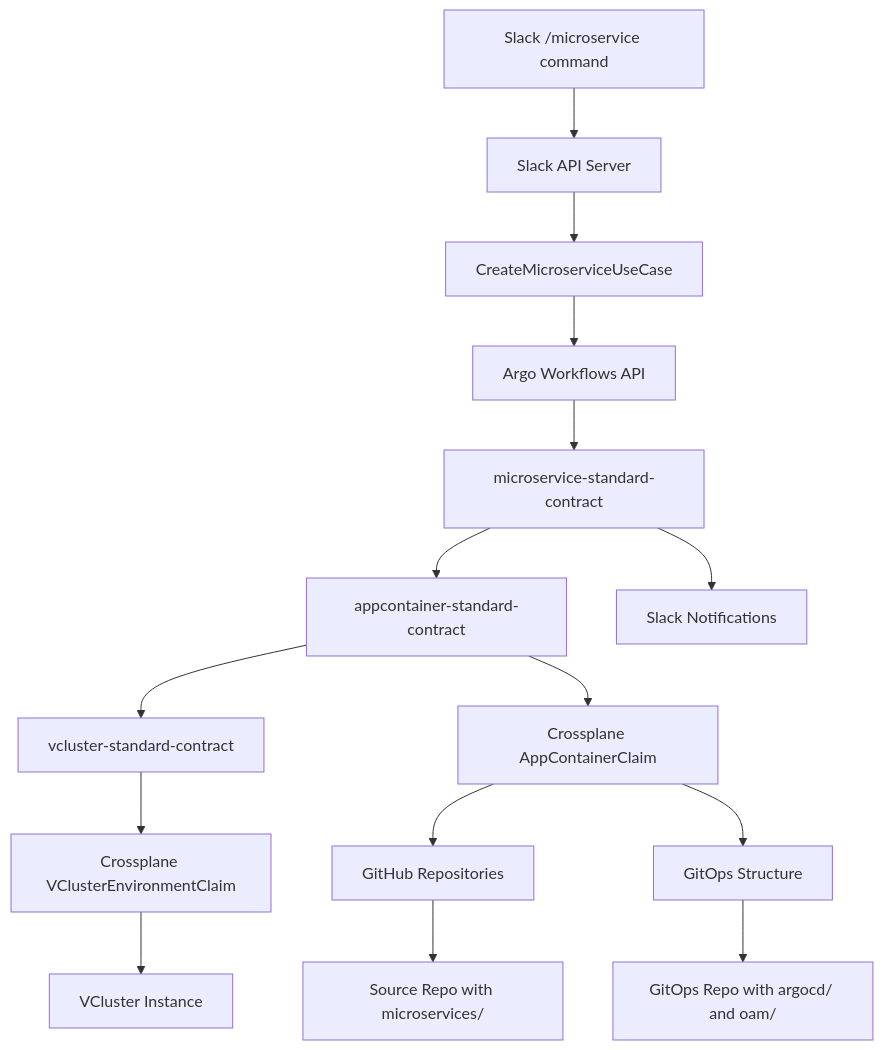
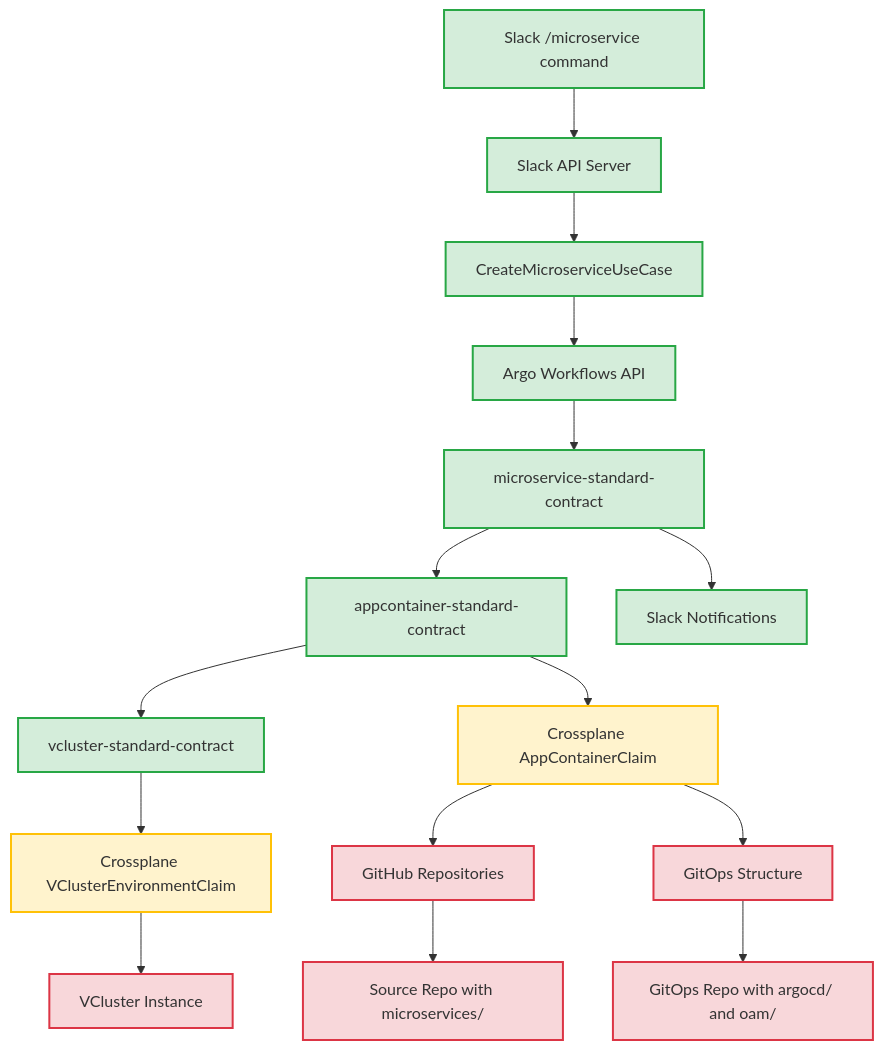
One commit to shlapolosa/health-service-idp changed the diagram in E2E_TESTING_STRATEGY.md. Above: the diagram before and after it, drawn with Mermaid. The commit also changed other lines of this file and 3 other files, not shown here.

````diff
--- a/E2E_TESTING_STRATEGY.md
+++ b/E2E_TESTING_STRATEGY.md
@@ -20,18 +20,31 @@
 ```mermaid
 graph TD
     A[Slack /microservice command] --> B[Slack API Server]
     B --> C[CreateMicroserviceUseCase]
     C --> D[Argo Workflows API]
     D --> E[microservice-standard-contract]
     E --> F[appcontainer-standard-contract]
     F --> G[vcluster-standard-contract]
     G --> H[Crossplane VClusterEnvironmentClaim]
     F --> I[Crossplane AppContainerClaim]
     I --> J[GitHub Repositories]
     I --> K[GitOps Structure]
     E --> L[Slack Notifications]
     
     H --> M[VCluster Instance]
     J --> N[Source Repo with microservices/]
     K --> O[GitOps Repo with argocd/ and oam/]
+    
+    %% Test Results Legend:
+    %% ✅ Green = Working correctly
+    %% ⚠️  Amber = Partial success/needs investigation  
+    %% ❌ Red = Failed/broken
+    
+    classDef green fill:#d4edda,stroke:#28a745,stroke-width:2px
+    classDef amber fill:#fff3cd,stroke:#ffc107,stroke-width:2px
+    classDef red fill:#f8d7da,stroke:#dc3545,stroke-width:2px
+    
+    class A,B,C,D,E,F,G,L green
+    class H,I amber
+    class J,K,M,N,O red
 ```
````
